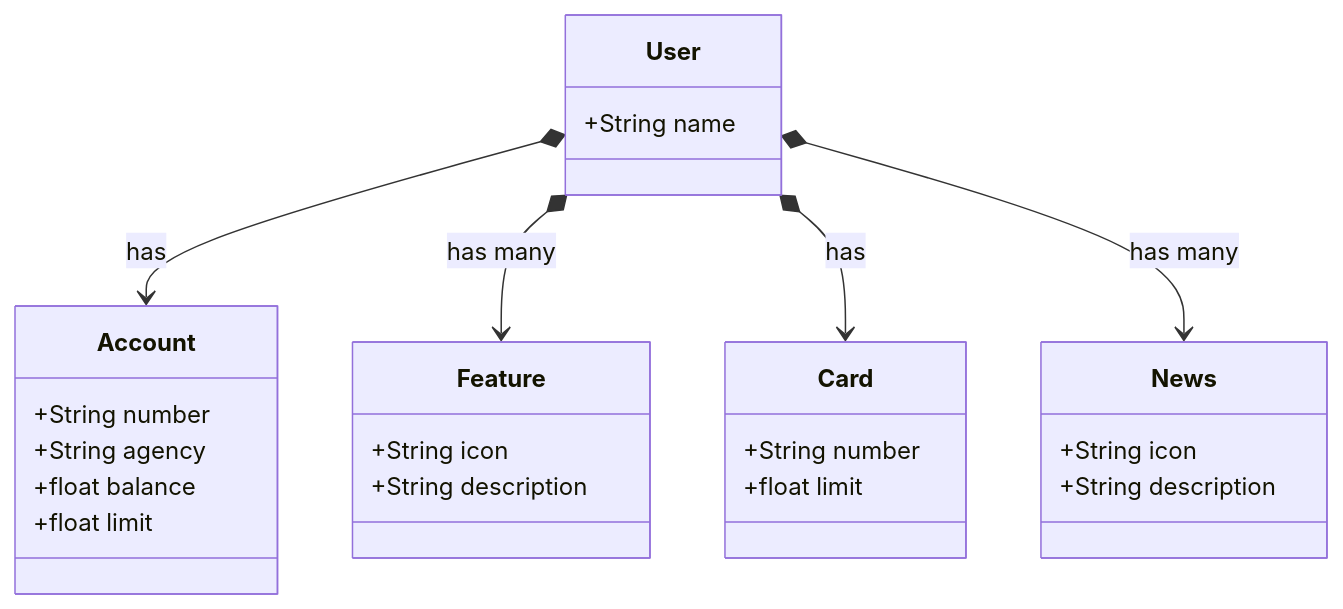
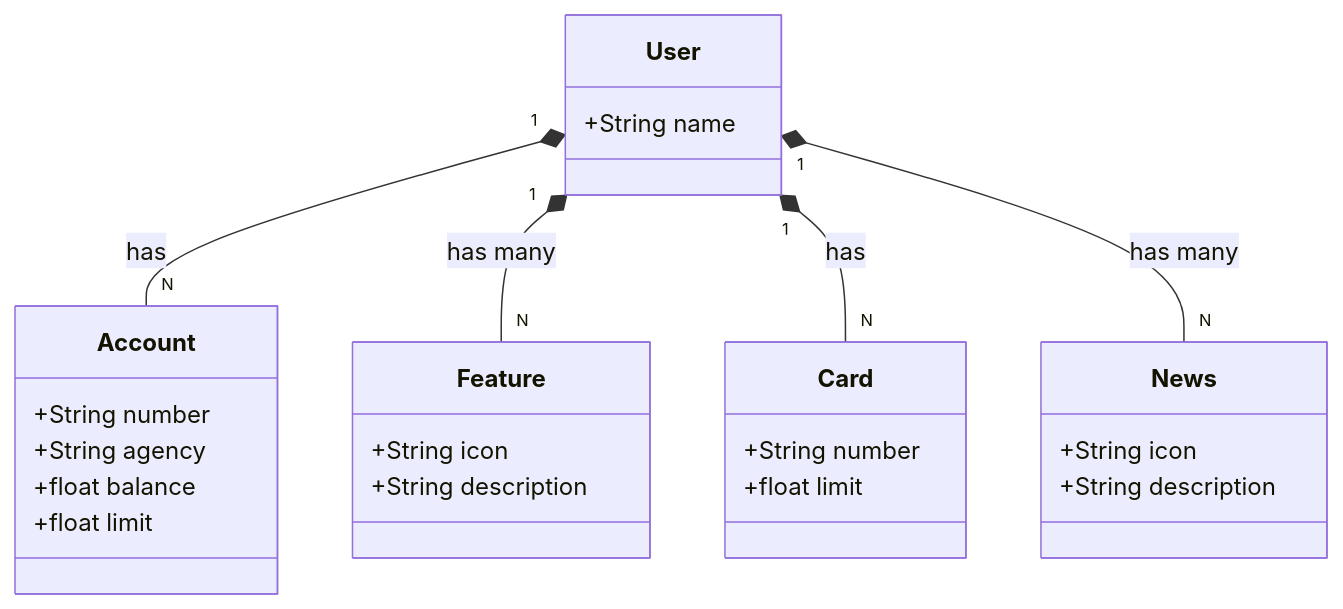
One commit to NatanNMendes/dio-santander-dev-Week changed the diagram in README.md. Above: the diagram before and after it, drawn with Mermaid.

````diff
--- a/README.md
+++ b/README.md
@@ -4,33 +4,33 @@
 ```mermaid
 classDiagram
     class User {
         +String name
     }
 
     class Account {
         +String number
         +String agency
         +float balance
         +float limit
     }
 
     class Feature {
         +String icon
         +String description
     }
 
     class Card {
         +String number
         +float limit
     }
 
     class News {
         +String icon
         +String description
     }
 
-    User *--> Account : has
-    User *--> Feature : has many
-    User *--> Card : has
-    User *--> News : has many
+    User "1" *-- "N" Account : has
+    User "1" *-- "N" Feature : has many
+    User "1" *-- "N" Card : has
+    User "1" *-- "N" News : has many
 ```
````
